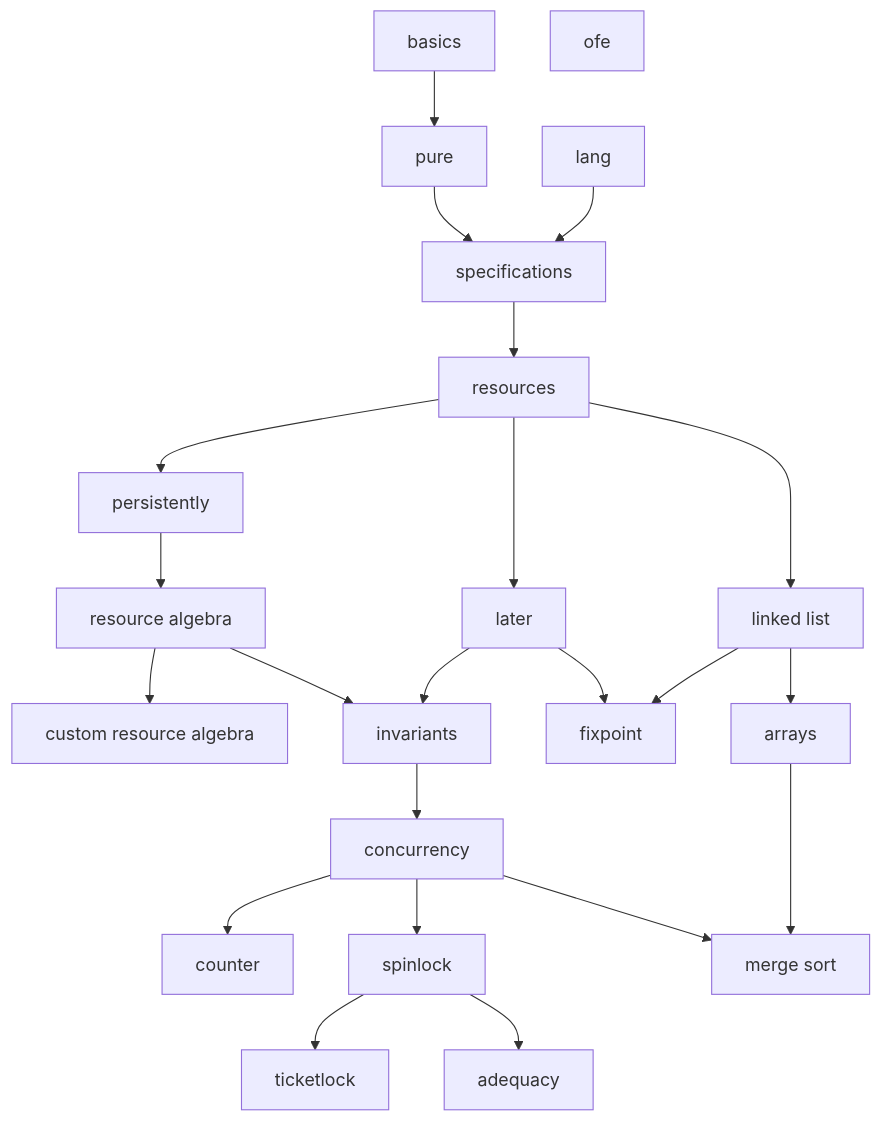
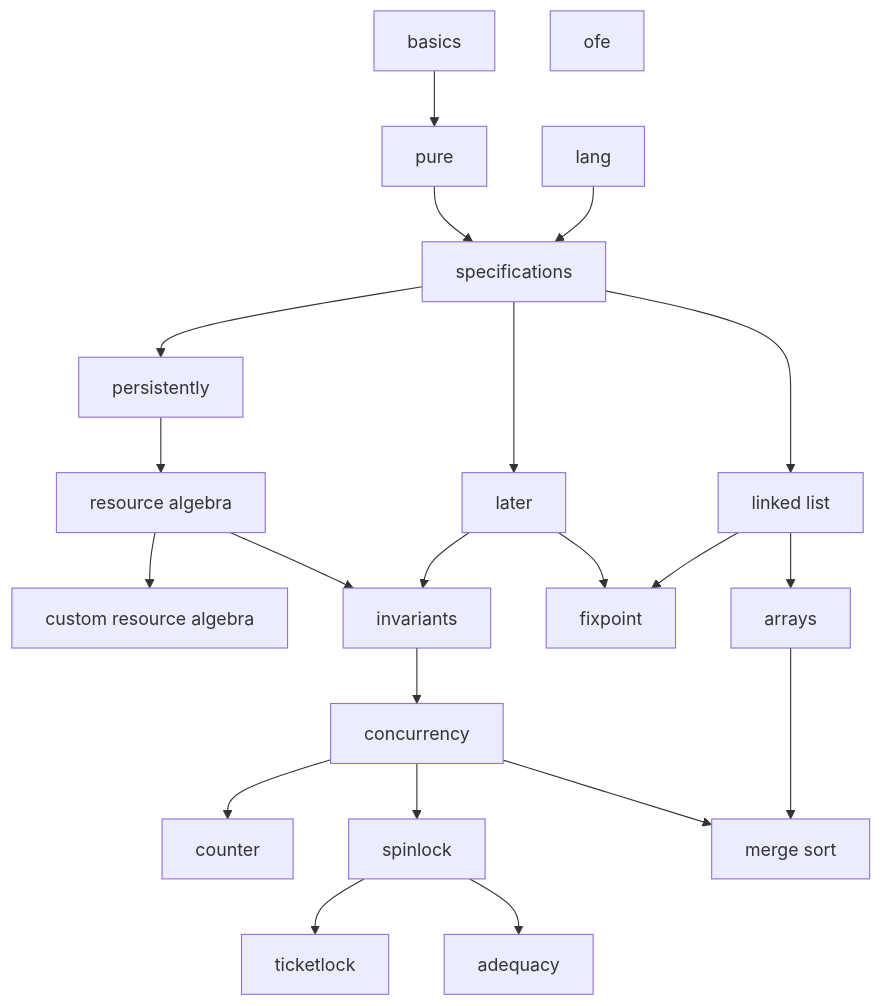
The diagram in graph.md (logsem/iris-tutorial), drawn with Mermaid before and after one commit. The commit also changed 6 other files, not shown here.

````diff
--- a/graph.md
+++ b/graph.md
@@ -1,29 +1,28 @@
 ```mermaid
 graph TD;
   basics --> pure;
   pure --> specs[specifications];
   lang --> specs;
-  specs --> resources;
-  resources --> pers[persistently];
-  resources --> later;
+  specs -->  pers[persistently];
+  specs --> later;
   pers -->  ra[resource algebra];
   later --> invariants;
   ra --> cst_ra[custom resource algebra];
   ra --> invariants;
   invariants --> conc[concurrency];
   
   conc --> counter;
   conc --> spinlock;
   spinlock --> ticketlock;
   spinlock --> adequacy;
 
-  resources --> linklist[linked list];
+  specs --> linklist[linked list];
   later --> fix[fixpoint];
   linklist --> fix[fixpoint];
 
   linklist --> arrays;
   arrays --> merge[merge sort];
   conc --> merge;
 
   ofe;
 ```
````
